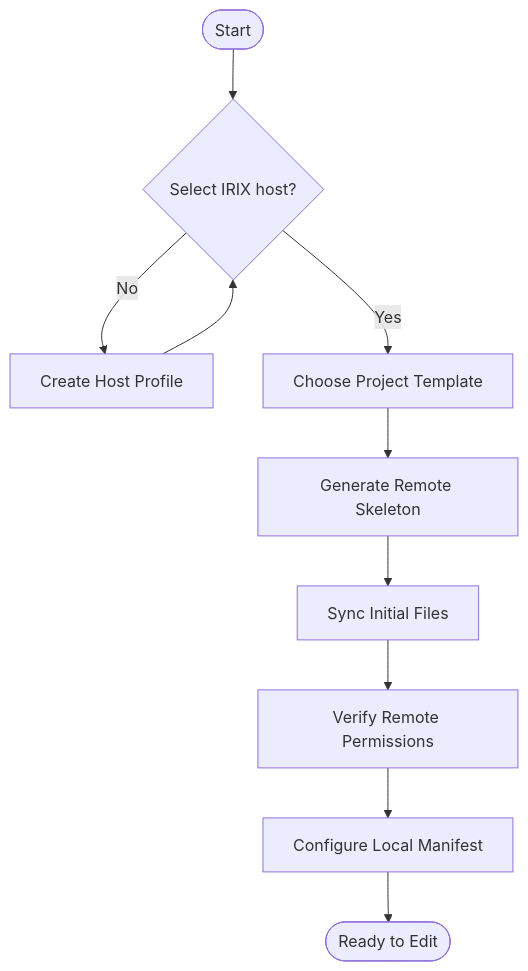
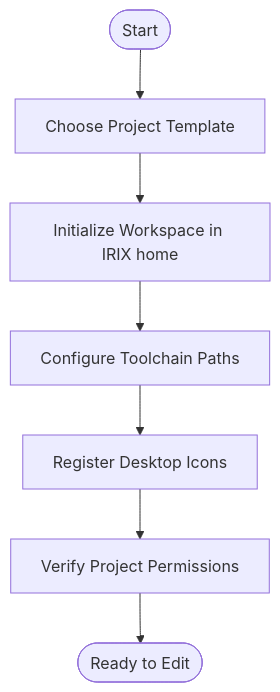
Before and after one commit to SGI-Labs/sgi-projects-workspace: the third of 5 diagrams in projects/irix-ide/docs/front-end-spec.md, drawn with Mermaid. The commit also changed other lines of this file and 909 other files, not shown here.

````diff
--- a/projects/irix-ide/docs/front-end-spec.md
+++ b/projects/irix-ide/docs/front-end-spec.md
@@ -114,12 +114,9 @@
 ```mermaid
 flowchart TD
-    start([Start]) --> selectHost{Select IRIX host?}
-    selectHost -->|No| createProfile[Create Host Profile]
-    createProfile --> selectHost
-    selectHost -->|Yes| chooseTemplate[Choose Project Template]
-    chooseTemplate --> generateRemote[Generate Remote Skeleton]
-    generateRemote --> syncInitial[Sync Initial Files]
-    syncInitial --> verifyPermissions[Verify Remote Permissions]
-    verifyPermissions --> configureLocal[Configure Local Manifest]
-    configureLocal --> finish([Ready to Edit])
+    start([Start]) --> chooseTemplate[Choose Project Template]
+    chooseTemplate --> initWorkspace[Initialize Workspace in IRIX home]
+    initWorkspace --> configureToolchain[Configure Toolchain Paths]
+    configureToolchain --> registerIcons[Register Desktop Icons]
+    registerIcons --> verifyPermissions[Verify Project Permissions]
+    verifyPermissions --> finish([Ready to Edit])
 ```
````
